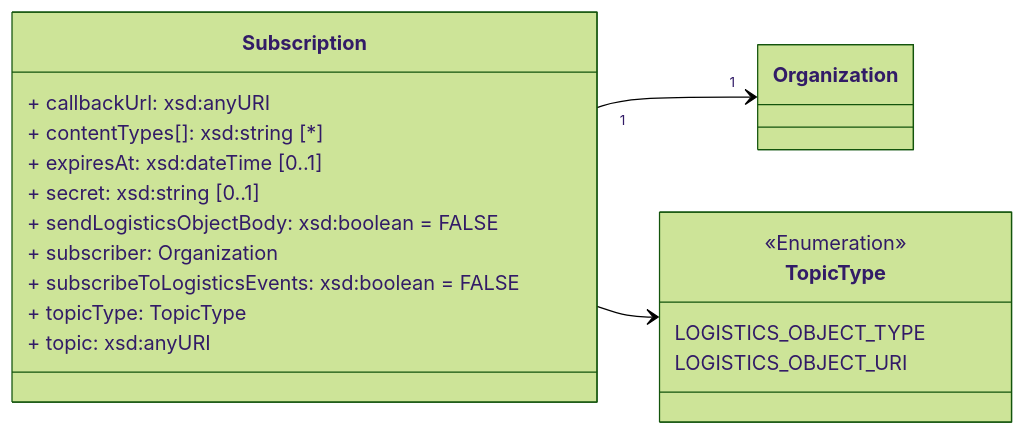
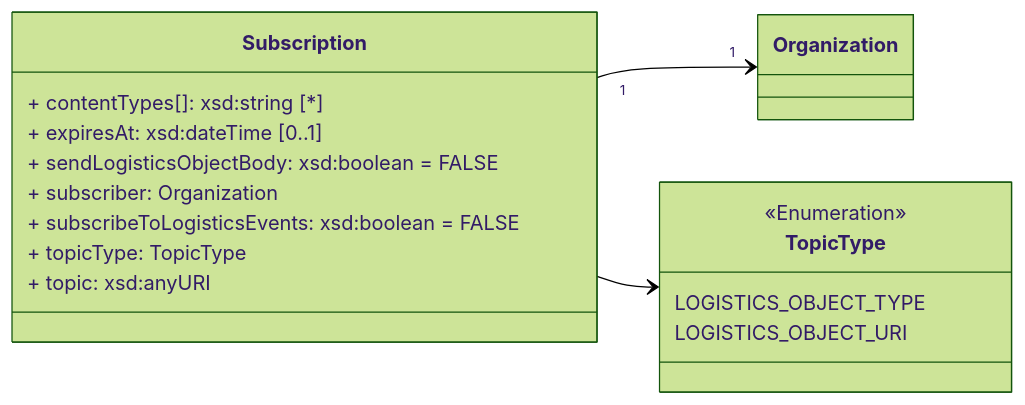
One commit to IATA-Cargo/ONE-Record changed the second of 3 diagrams in working_draft/API/docs/subscriptions.md. Above: the diagram before and after it, drawn with Mermaid (forest theme). The commit also changed other lines of this file and 2 other files, not shown here.

Commit message:
fixed class diagrams

````diff
--- a/working_draft/API/docs/subscriptions.md
+++ b/working_draft/API/docs/subscriptions.md
@@ -97,27 +94,25 @@
 ```mermaid
 classDiagram   
     direction LR   
 
     class Organization{        
     }  
 
-    class Subscription{
-        + callbackUrl: xsd:anyURI
+    class Subscription{        
         + contentTypes[]: xsd:string [*]
-        + expiresAt: xsd:dateTime [0..1]                        
-        + secret: xsd:string [0..1]
+        + expiresAt: xsd:dateTime [0..1]                                
         + sendLogisticsObjectBody: xsd:boolean = FALSE
         + subscriber: Organization        
         + subscribeToLogisticsEvents: xsd:boolean = FALSE
         + topicType: TopicType
         + topic: xsd:anyURI
     }    
     Subscription "1" --> "1" Organization
     Subscription --> TopicType
 
     class TopicType{
         <<Enumeration>>
         LOGISTICS_OBJECT_TYPE
         LOGISTICS_OBJECT_URI
     }
 ```
````
